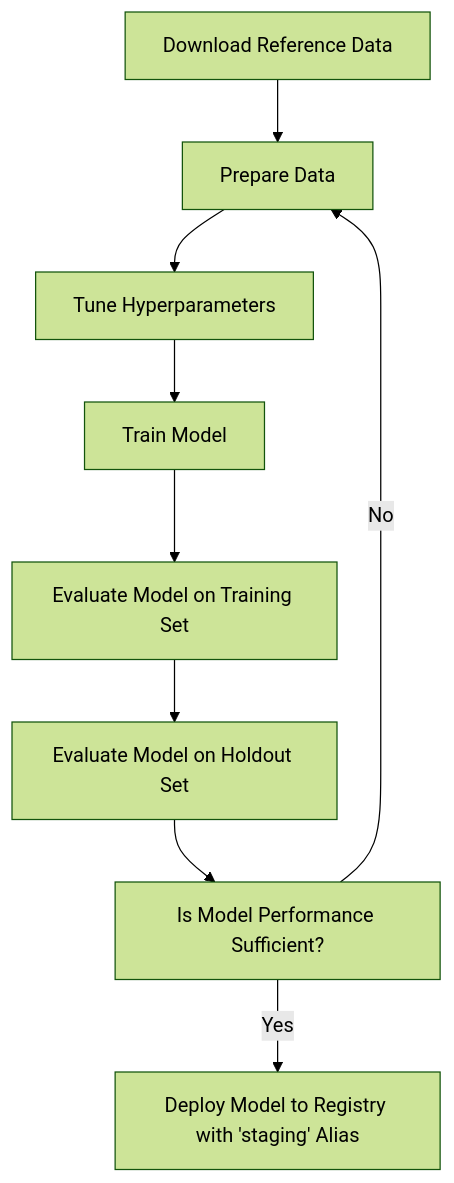
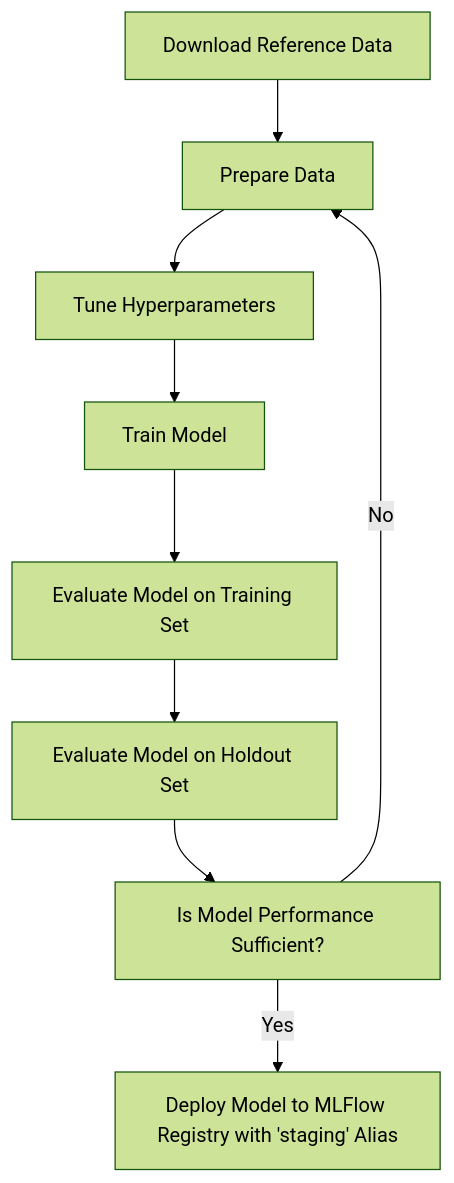
Before and after one commit to paultongyoo/churn-model-evaluation-platform: the first of 2 diagrams in README.md, drawn with Mermaid (forest theme). The commit also changed other lines of this file, not shown here.

````diff
--- a/README.md
+++ b/README.md
@@ -53,14 +53,14 @@
 ```mermaid
 flowchart TD
     A[Download Reference Data]
     B[Prepare Data]
     C[Tune Hyperparameters]
     D[Train Model]
     E[Evaluate Model on Training Set]
     F[Evaluate Model on Holdout Set]
     G[Is Model Performance Sufficient?]
-    H[Deploy Model to Registry with 'staging' Alias]
+    H[Deploy Model to MLFlow Registry with 'staging' Alias]
     A --> B --> C --> D --> E --> F --> G;
     G --> |Yes| H;
     G --> |No| B;
 ```
````
